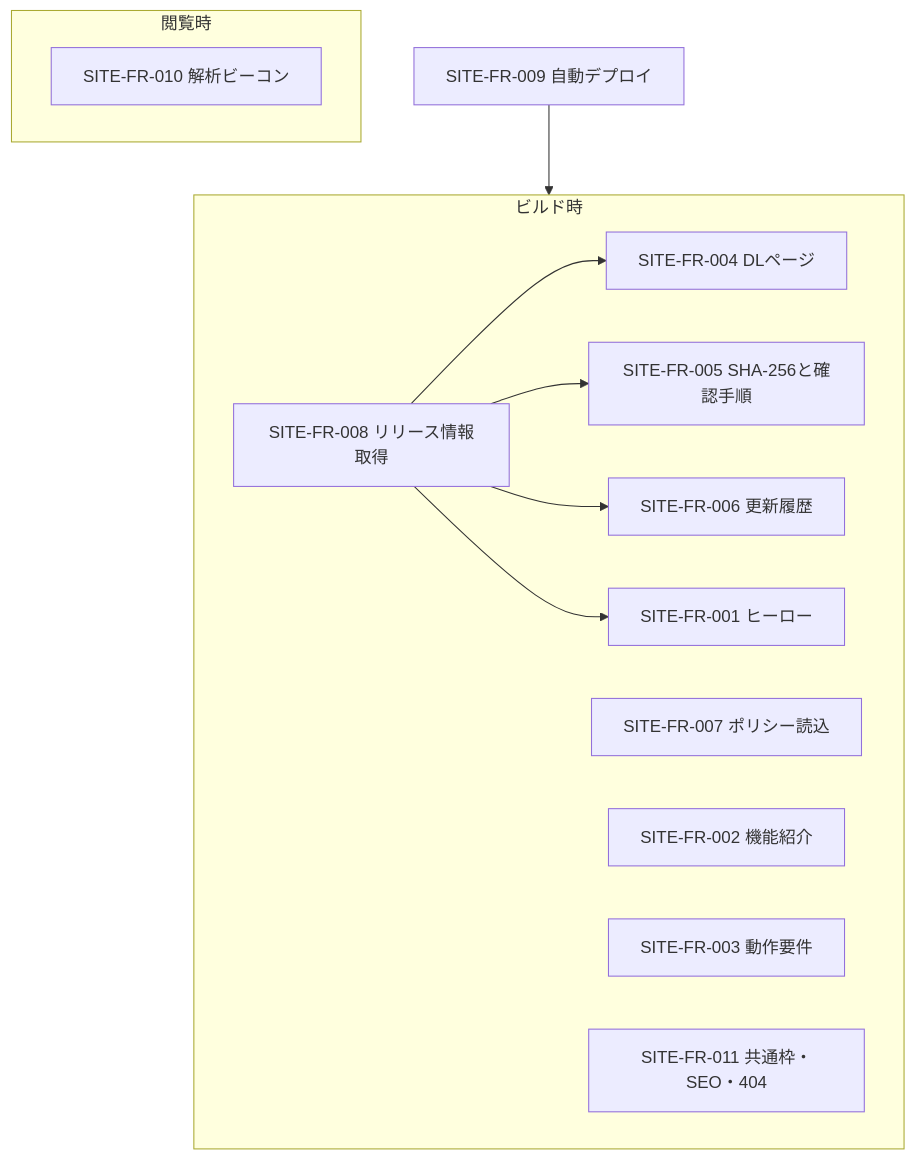
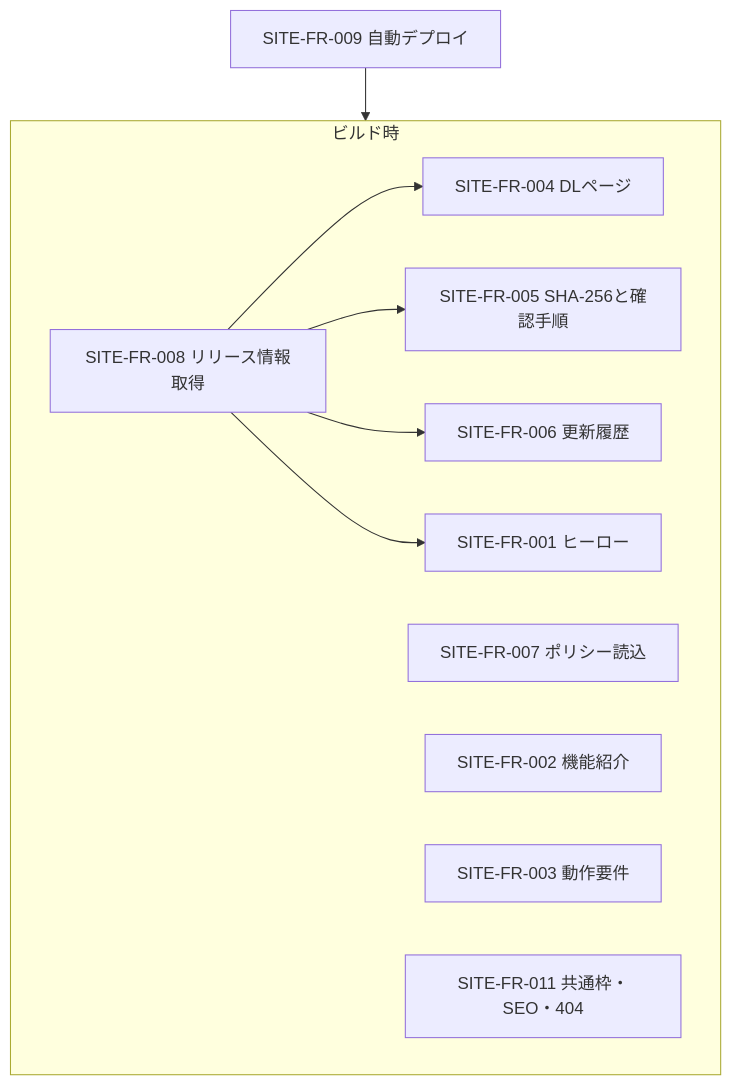
One commit to itiwoja/DC-Designer changed the diagram in docs/design/04_functional_spec.md. Above: the diagram before and after it, drawn with Mermaid. The commit also changed other lines of this file and 14 other files, not shown here.

````diff
--- a/docs/design/04_functional_spec.md
+++ b/docs/design/04_functional_spec.md
@@ -17,17 +17,14 @@
 ```mermaid
 flowchart TB
   subgraph ビルド時
     F8[SITE-FR-008 リリース情報取得] --> F4[SITE-FR-004 DLページ]
     F8 --> F5[SITE-FR-005 SHA-256と確認手順]
     F8 --> F6[SITE-FR-006 更新履歴]
     F8 --> F1[SITE-FR-001 ヒーロー]
     F7[SITE-FR-007 ポリシー読込] 
     F2[SITE-FR-002 機能紹介] 
     F3[SITE-FR-003 動作要件]
     F11[SITE-FR-011 共通枠・SEO・404]
   end
   F9[SITE-FR-009 自動デプロイ] --> ビルド時
-  subgraph 閲覧時
-    F10[SITE-FR-010 解析ビーコン]
-  end
 ```
````
